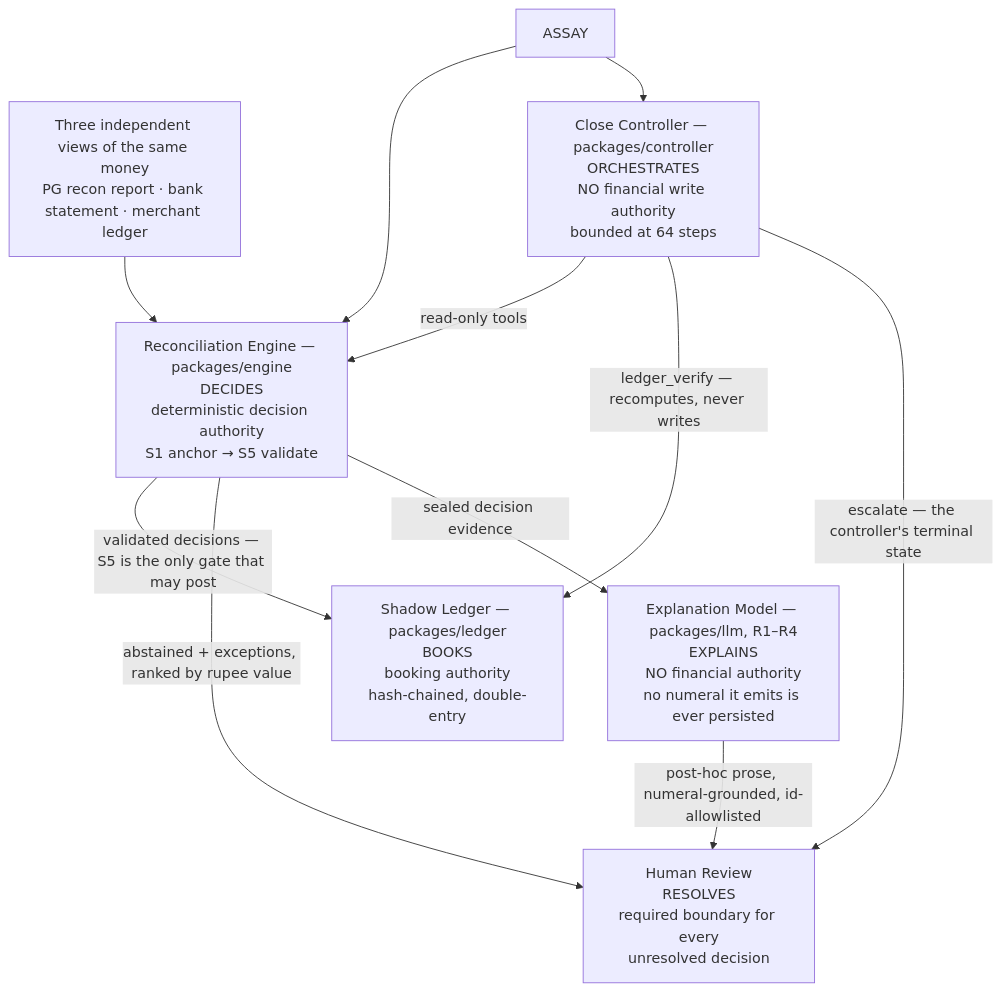
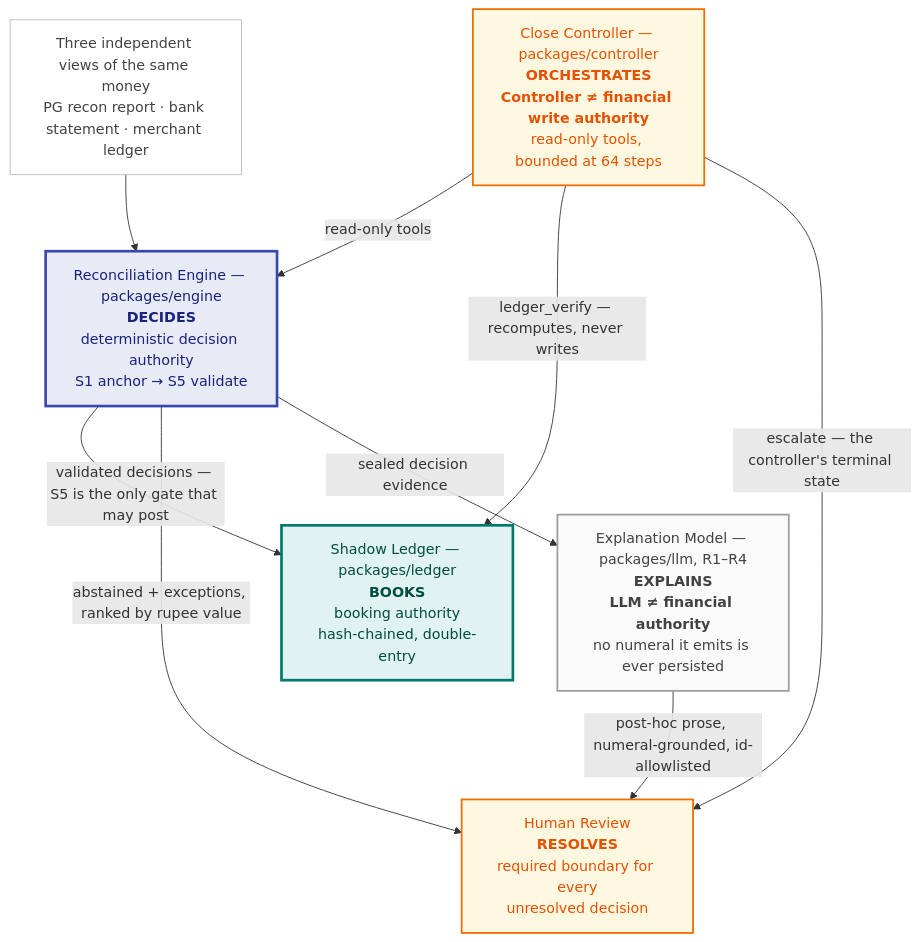
One commit to UditSinghChauhan/razorpay-finance-controller changed the diagram in README.md. Above: the diagram before and after it, drawn with Mermaid. The commit also changed other lines of this file and 2 other files, not shown here.

````diff
--- a/README.md
+++ b/README.md
@@ -21,24 +21,33 @@
 ```mermaid
 flowchart TD
     OBS["Three independent views of the same money<br/>PG recon report · bank statement · merchant ledger"]
-    ASSAY["ASSAY"]
-    ENGINE["Reconciliation Engine — packages/engine<br/>DECIDES<br/>deterministic decision authority<br/>S1 anchor → S5 validate"]
-    LEDGER["Shadow Ledger — packages/ledger<br/>BOOKS<br/>booking authority<br/>hash-chained, double-entry"]
-    CTRL["Close Controller — packages/controller<br/>ORCHESTRATES<br/>NO financial write authority<br/>bounded at 64 steps"]
-    LLM["Explanation Model — packages/llm, R1–R4<br/>EXPLAINS<br/>NO financial authority<br/>no numeral it emits is ever persisted"]
-    HUMAN["Human Review<br/>RESOLVES<br/>required boundary for every<br/>unresolved decision"]
+    ENGINE["Reconciliation Engine — packages/engine<br/><b>DECIDES</b><br/>deterministic decision authority<br/>S1 anchor → S5 validate"]
+    LEDGER["Shadow Ledger — packages/ledger<br/><b>BOOKS</b><br/>booking authority<br/>hash-chained, double-entry"]
+    CTRL["Close Controller — packages/controller<br/><b>ORCHESTRATES</b><br/><b>Controller ≠ financial write authority</b><br/>read-only tools, bounded at 64 steps"]
+    LLM["Explanation Model — packages/llm, R1–R4<br/><b>EXPLAINS</b><br/><b>LLM ≠ financial authority</b><br/>no numeral it emits is ever persisted"]
+    HUMAN["Human Review<br/><b>RESOLVES</b><br/>required boundary for every<br/>unresolved decision"]
 
     OBS --> ENGINE
-    ASSAY --> ENGINE
-    ASSAY --> CTRL
 
     ENGINE -->|"validated decisions — S5 is the only gate that may post"| LEDGER
     ENGINE -->|"abstained + exceptions, ranked by rupee value"| HUMAN
     ENGINE -->|"sealed decision evidence"| LLM
 
     CTRL -->|"read-only tools"| ENGINE
     CTRL -->|"ledger_verify — recomputes, never writes"| LEDGER
     CTRL -->|"escalate — the controller's terminal state"| HUMAN
 
     LLM -->|"post-hoc prose, numeral-grounded, id-allowlisted"| HUMAN
+
+    classDef decides fill:#e8eaf6,stroke:#3949ab,stroke-width:3px,color:#1a237e;
+    classDef books   fill:#e0f2f1,stroke:#00796b,stroke-width:3px,color:#004d40;
+    classDef bounded fill:#fff8e1,stroke:#ef6c00,stroke-width:2px,color:#e65100;
+    classDef noauth  fill:#fafafa,stroke:#9e9e9e,stroke-width:2px,color:#424242;
+    classDef source  fill:#ffffff,stroke:#bdbdbd,stroke-width:1px,color:#424242;
+
+    class ENGINE decides;
+    class LEDGER books;
+    class CTRL,HUMAN bounded;
+    class LLM noauth;
+    class OBS source;
 ```
````
